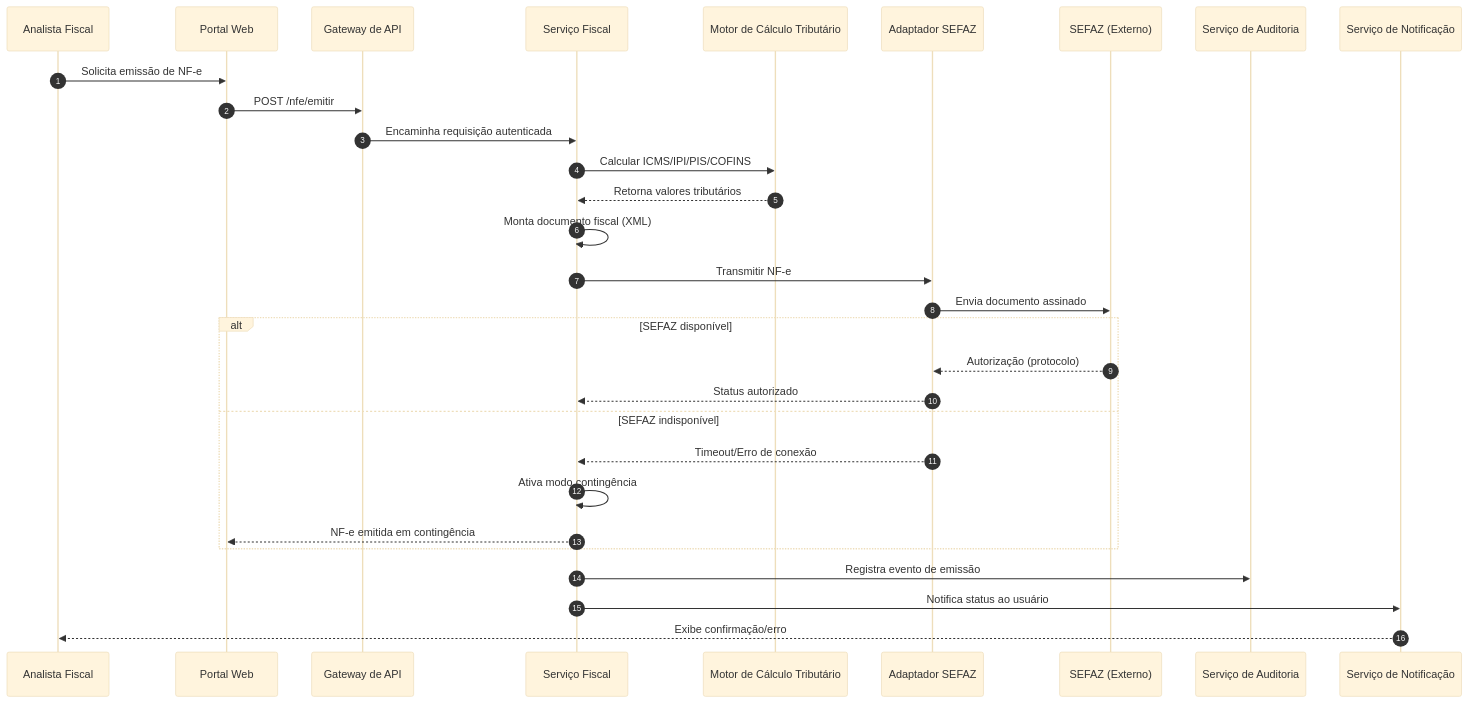
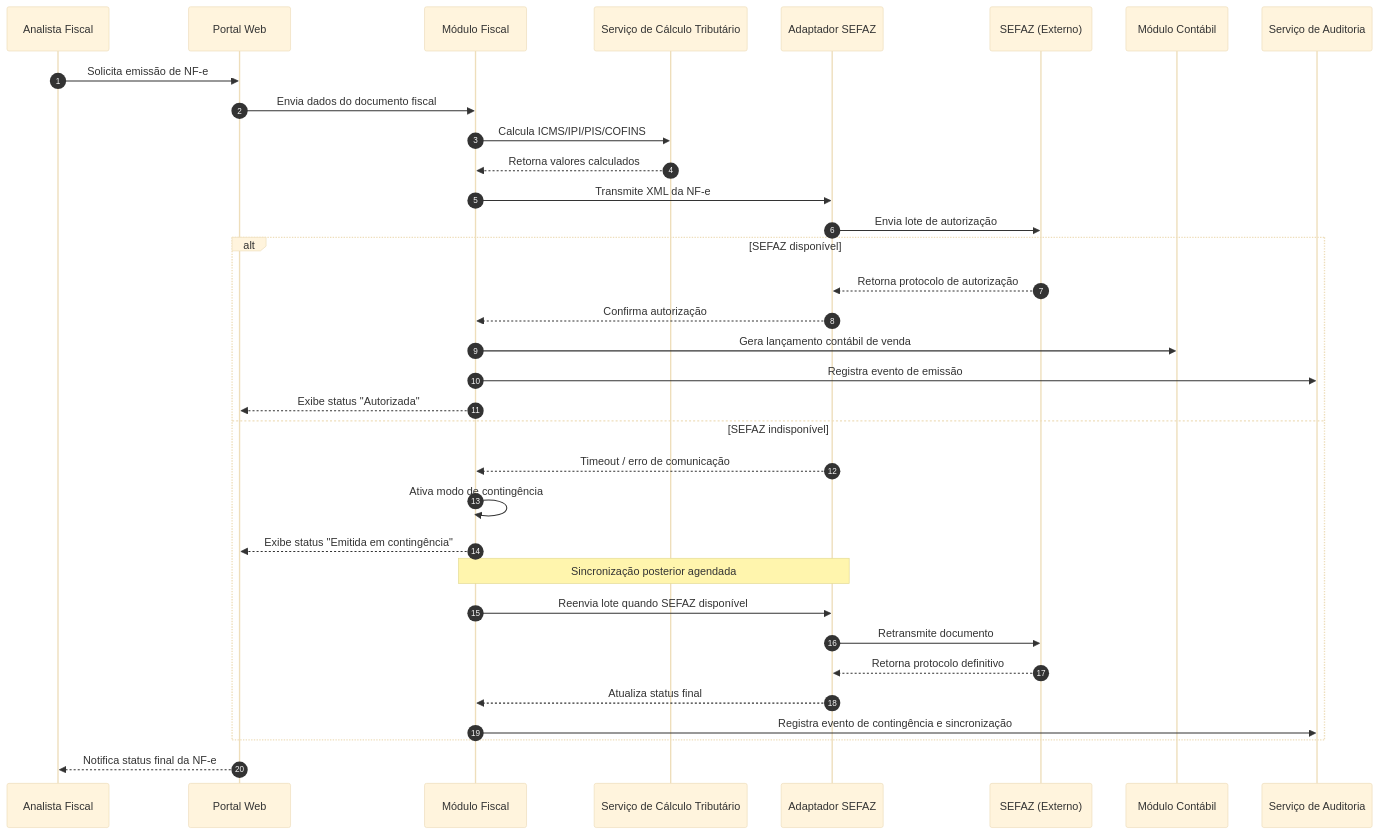
One commit to PDC-ESIA/AI4ES changed the second of 3 diagrams in docs/Time_2_Design/analise-qualitativa/outputs/relatorio_claude_sonnet_5_G03.md. Above: the diagram before and after it, drawn with Mermaid (base theme). The commit also changed other lines of this file and 93 other files, not shown here.

````diff
--- a/docs/Time_2_Design/analise-qualitativa/outputs/relatorio_claude_sonnet_5_G03.md
+++ b/docs/Time_2_Design/analise-qualitativa/outputs/relatorio_claude_sonnet_5_G03.md
@@ -102,33 +113,37 @@
 ```mermaid
 sequenceDiagram
     autonumber
-    participant USR as Analista Fiscal
-    participant WEB as Portal Web
-    participant GW as Gateway de API
-    participant FISC as Serviço Fiscal
-    participant TAX as Motor de Cálculo Tributário
-    participant SEFAZADP as Adaptador SEFAZ
-    participant SEFAZ as SEFAZ (Externo)
-    participant AUDIT as Serviço de Auditoria
-    participant NOTIF as Serviço de Notificação
+    participant Usuario as Analista Fiscal
+    participant Portal as Portal Web
+    participant Fisc as Módulo Fiscal
+    participant Trib as Serviço de Cálculo Tributário
+    participant Adapt as Adaptador SEFAZ
+    participant Sefaz as SEFAZ (Externo)
+    participant Cont as Módulo Contábil
+    participant Aud as Serviço de Auditoria
 
-    USR->>WEB: Solicita emissão de NF-e
-    WEB->>GW: POST /nfe/emitir
-    GW->>FISC: Encaminha requisição autenticada
-    FISC->>TAX: Calcular ICMS/IPI/PIS/COFINS
-    TAX-->>FISC: Retorna valores tributários
-    FISC->>FISC: Monta documento fiscal (XML)
-    FISC->>SEFAZADP: Transmitir NF-e
-    SEFAZADP->>SEFAZ: Envia documento assinado
+    Usuario->>Portal: Solicita emissão de NF-e
+    Portal->>Fisc: Envia dados do documento fiscal
+    Fisc->>Trib: Calcula ICMS/IPI/PIS/COFINS
+    Trib-->>Fisc: Retorna valores calculados
+    Fisc->>Adapt: Transmite XML da NF-e
+    Adapt->>Sefaz: Envia lote de autorização
     alt SEFAZ disponível
-        SEFAZ-->>SEFAZADP: Autorização (protocolo)
-        SEFAZADP-->>FISC: Status autorizado
+        Sefaz-->>Adapt: Retorna protocolo de autorização
+        Adapt-->>Fisc: Confirma autorização
+        Fisc->>Cont: Gera lançamento contábil de venda
+        Fisc->>Aud: Registra evento de emissão
+        Fisc-->>Portal: Exibe status "Autorizada"
     else SEFAZ indisponível
-        SEFAZADP-->>FISC: Timeout/Erro de conexão
-        FISC->>FISC: Ativa modo contingência
-        FISC-->>WEB: NF-e emitida em contingência
+        Adapt-->>Fisc: Timeout / erro de comunicação
+        Fisc->>Fisc: Ativa modo de contingência
+        Fisc-->>Portal: Exibe status "Emitida em contingência"
+        Note over Fisc,Adapt: Sincronização posterior agendada
+        Fisc->>Adapt: Reenvia lote quando SEFAZ disponível
+        Adapt->>Sefaz: Retransmite documento
+        Sefaz-->>Adapt: Retorna protocolo definitivo
+        Adapt-->>Fisc: Atualiza status final
+        Fisc->>Aud: Registra evento de contingência e sincronização
     end
-    FISC->>AUDIT: Registra evento de emissão
-    FISC->>NOTIF: Notifica status ao usuário
-    NOTIF-->>USR: Exibe confirmação/erro
+    Portal-->>Usuario: Notifica status final da NF-e
 ```
````
